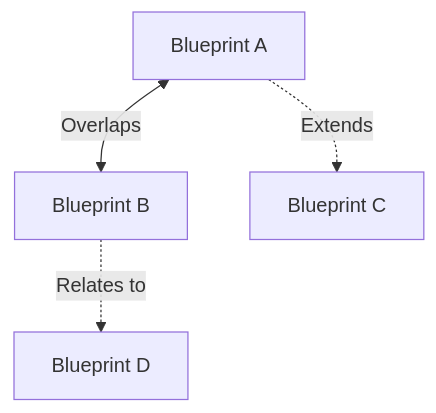
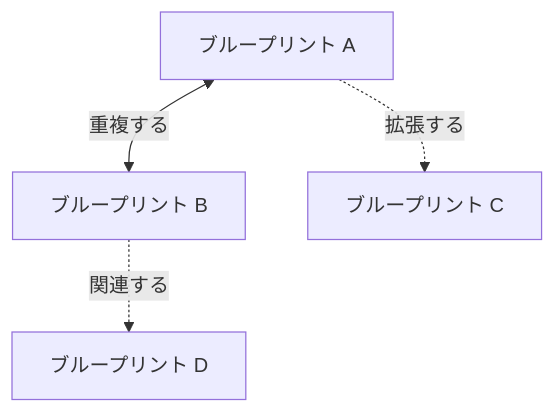
One commit to open-telemetry/opentelemetry.io changed the first of 4 diagrams in content/ja/blog/2026/blueprints-intro.md. Above: the diagram before and after it, drawn with Mermaid. The commit also changed other lines of this file, not shown here.

Commit message:
fix(ja): translate mermaid diagrams in blueprints-intro.md

````diff
--- a/content/ja/blog/2026/blueprints-intro.md
+++ b/content/ja/blog/2026/blueprints-intro.md
@@ -98,12 +98,12 @@
 ```mermaid
 flowchart TD
-    A[Blueprint A]
-    B[Blueprint B]
-    C[Blueprint C]
-    D[Blueprint D]
+    A[ブループリント A]
+    B[ブループリント B]
+    C[ブループリント C]
+    D[ブループリント D]
 
-    A -.->|Extends| C
-    B -.->|Relates to| D
+    A -.->|拡張する| C
+    B -.->|関連する| D
 
-    A <-->|Overlaps| B
+    A <-->|重複する| B
 ```
````
